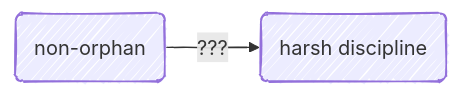
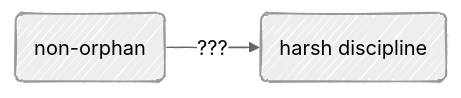
One commit to agrogan1/closeread changed the diagram in orphan/diagrams.md. Above: the diagram before and after it, drawn with Mermaid.

````diff
--- a/orphan/diagrams.md
+++ b/orphan/diagrams.md
@@ -1,9 +1,9 @@
 ```mermaid
 ---
 config:
   look: handDrawn
-  theme: mc
+  theme: neutral
 ---
 flowchart LR
   nonorphan(non-orphan) --> |"???"| harshdiscipline(harsh discipline)
 ```
````
